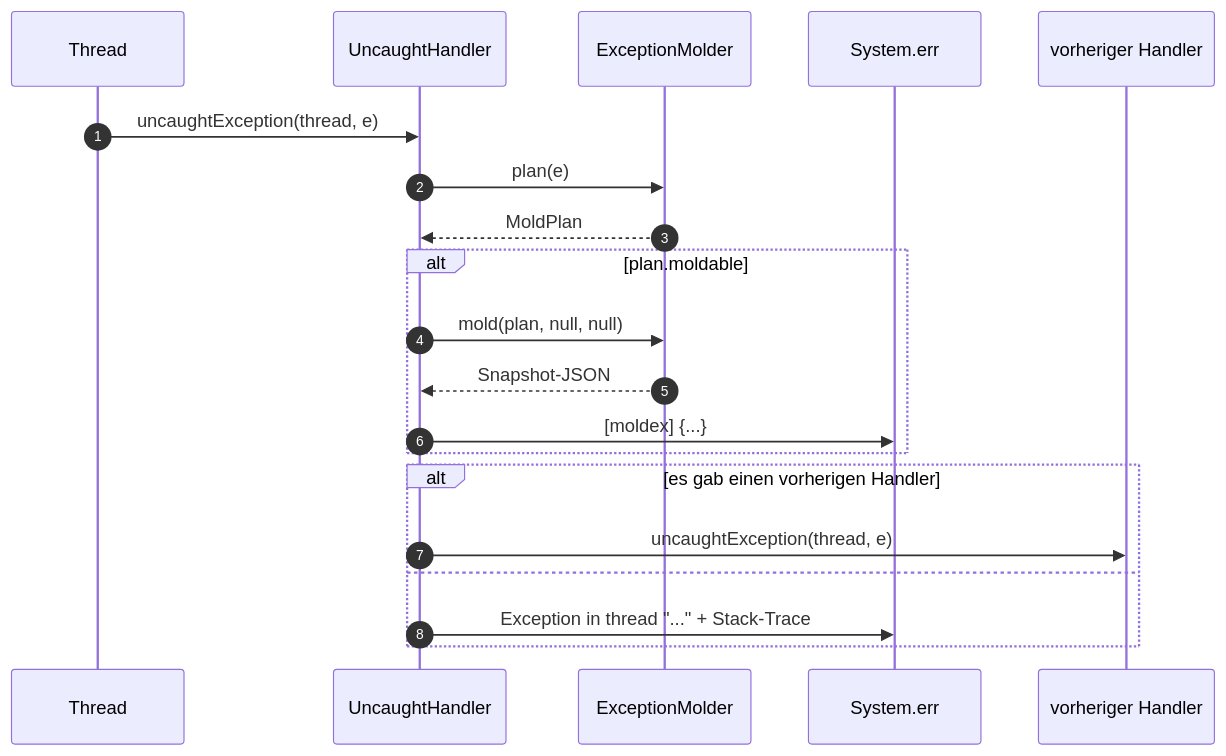
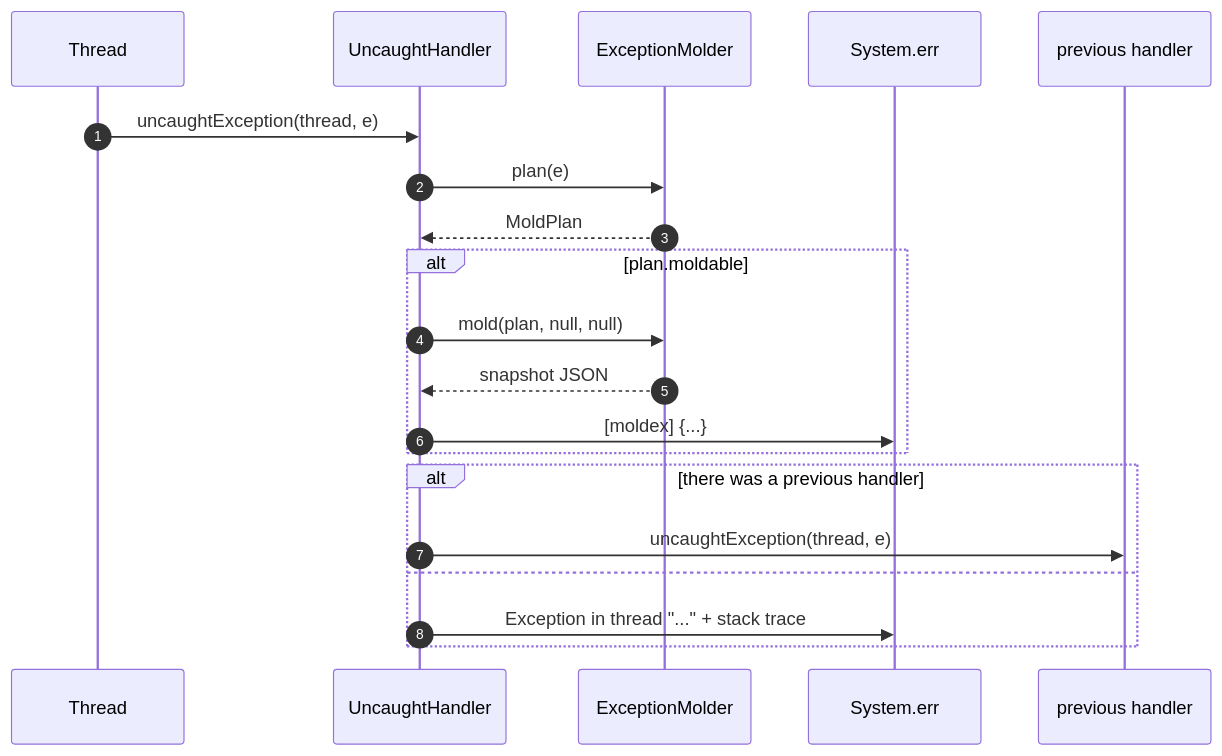
The fourth of 4 diagrams in docs/design-runtime-in-library.md (mormeli/MoldableExceptionsJava), drawn with Mermaid before and after one commit. The commit also changed other lines of this file and 9 other files, not shown here.

````diff
--- a/docs/design-runtime-in-library.md
+++ b/docs/design-runtime-in-library.md
@@ -291,23 +292,23 @@
 ```mermaid
 sequenceDiagram
   autonumber
   participant T as Thread
   participant U as UncaughtHandler
   participant E as ExceptionMolder
   participant O as System.err
-  participant P as vorheriger Handler
+  participant P as previous handler
 
   T->>U: uncaughtException(thread, e)
   U->>E: plan(e)
   E-->>U: MoldPlan
   alt plan.moldable
     U->>E: mold(plan, null, null)
-    E-->>U: Snapshot-JSON
+    E-->>U: snapshot JSON
     U->>O: [moldex] {...}
   end
-  alt es gab einen vorherigen Handler
+  alt there was a previous handler
     U->>P: uncaughtException(thread, e)
   else
-    U->>O: Exception in thread "..." + Stack-Trace
+    U->>O: Exception in thread "..." + stack trace
   end
 ```
````
